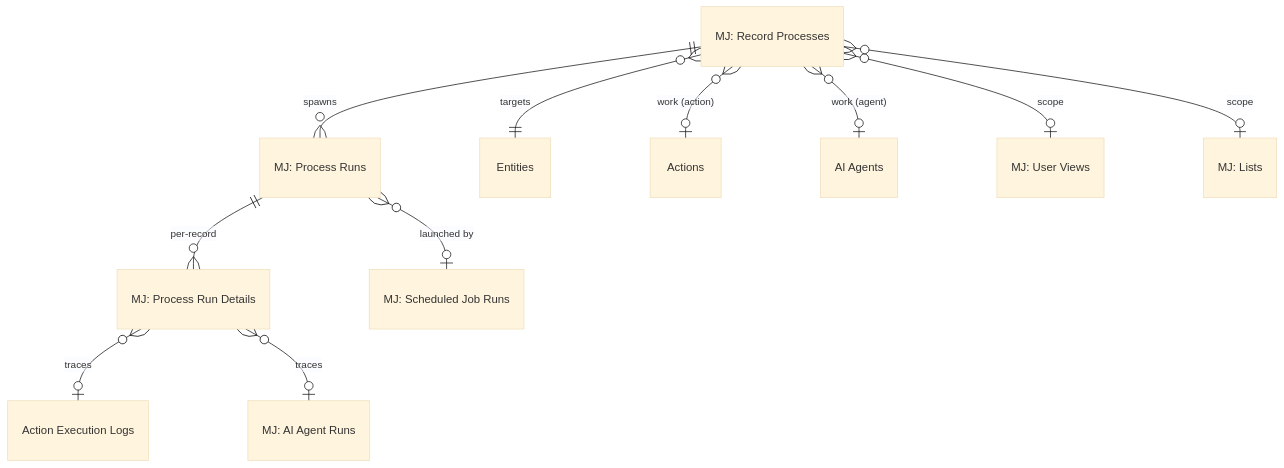
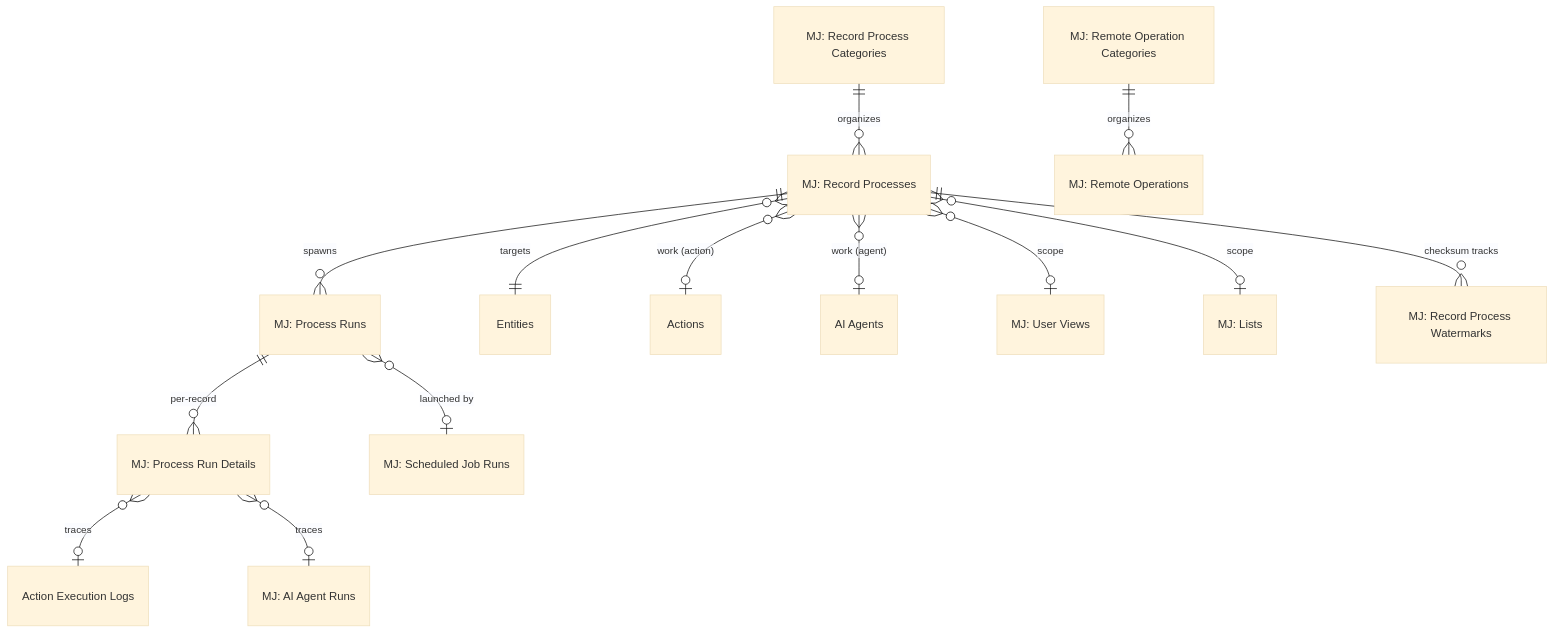
One commit to MemberJunction/MJ changed the third of 5 diagrams in plans/record-set-processing-and-record-processes.md. Above: the diagram before and after it, drawn with Mermaid (base theme). The commit also changed other lines of this file and 38 other files, not shown here.

First line of the commit message:
P0 + CodeGen: Record Set Processing, Record Processes & Remote Operations entities

````diff
--- a/plans/record-set-processing-and-record-processes.md
+++ b/plans/record-set-processing-and-record-processes.md
@@ -119,13 +119,16 @@
 ```mermaid
 erDiagram
     "MJ: Record Processes" ||--o{ "MJ: Process Runs" : "spawns"
     "MJ: Process Runs" ||--o{ "MJ: Process Run Details" : "per-record"
     "MJ: Record Processes" }o--|| "Entities" : "targets"
     "MJ: Record Processes" }o--o| "Actions" : "work (action)"
     "MJ: Record Processes" }o--o| "AI Agents" : "work (agent)"
     "MJ: Record Processes" }o--o| "MJ: User Views" : "scope"
     "MJ: Record Processes" }o--o| "MJ: Lists" : "scope"
     "MJ: Process Runs" }o--o| "MJ: Scheduled Job Runs" : "launched by"
     "MJ: Process Run Details" }o--o| "Action Execution Logs" : "traces"
     "MJ: Process Run Details" }o--o| "MJ: AI Agent Runs" : "traces"
+    "MJ: Record Process Categories" ||--o{ "MJ: Record Processes" : "organizes"
+    "MJ: Record Processes" ||--o{ "MJ: Record Process Watermarks" : "checksum tracks"
+    "MJ: Remote Operation Categories" ||--o{ "MJ: Remote Operations" : "organizes"
 ```
````
